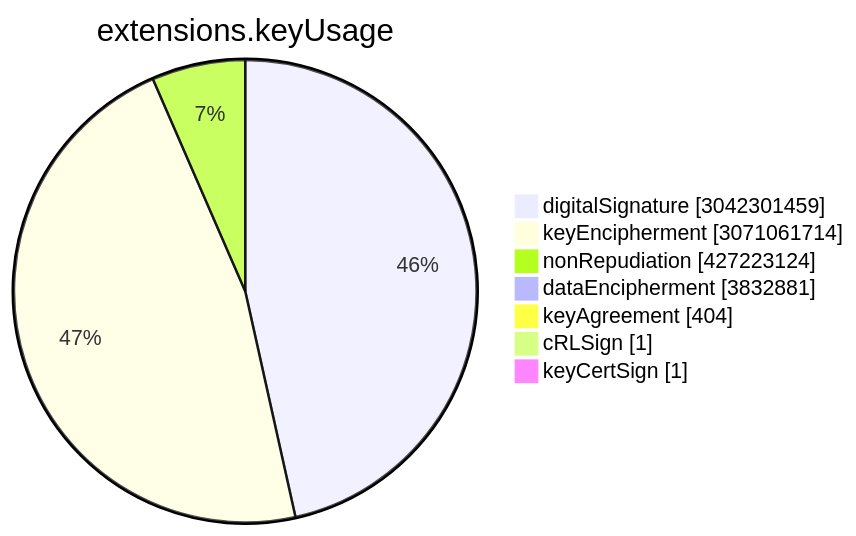
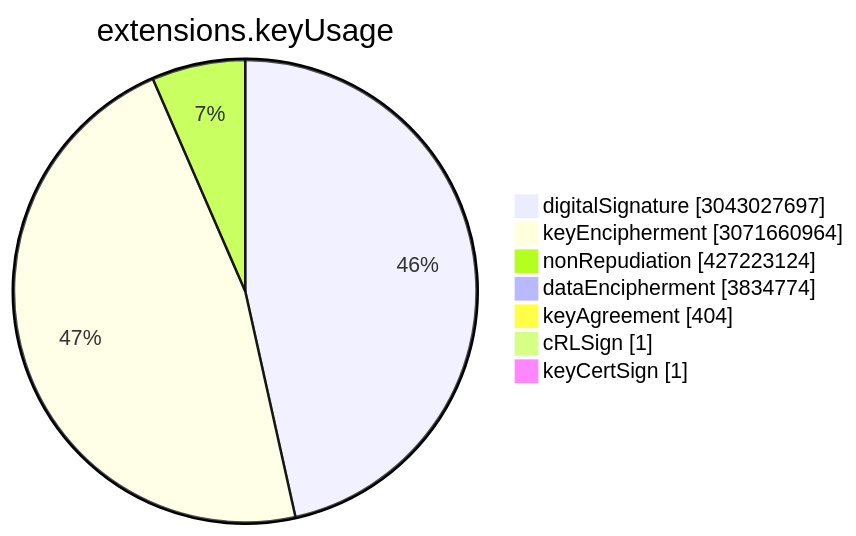
Before and after one commit to christiankrug/ctmonitor_visualization: the sixth of 15 diagrams in TOTAL/README.md, drawn with Mermaid. The commit also changed other lines of this file, not shown here.

````diff
--- a/TOTAL/README.md
+++ b/TOTAL/README.md
@@ -3077,11 +3077,11 @@
 ```mermaid
 pie showData
 title extensions.keyUsage
-"digitalSignature" :3042301459
-"keyEncipherment" :3071061714
+"digitalSignature" :3043027697
+"keyEncipherment" :3071660964
 "nonRepudiation" :427223124
-"dataEncipherment" :3832881
+"dataEncipherment" :3834774
 "keyAgreement" :404
 "cRLSign" :1
 "keyCertSign" :1
 ```
````
